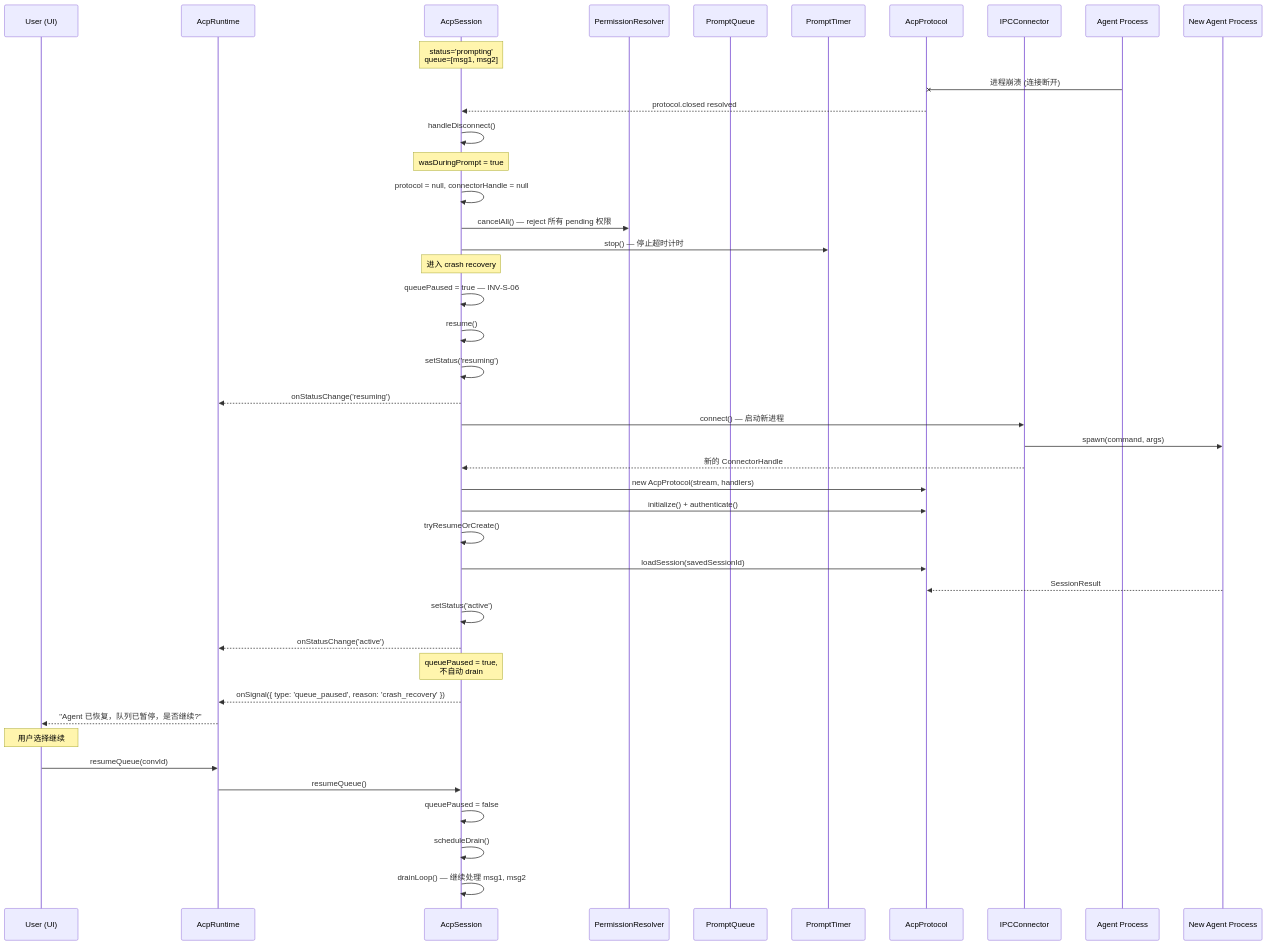
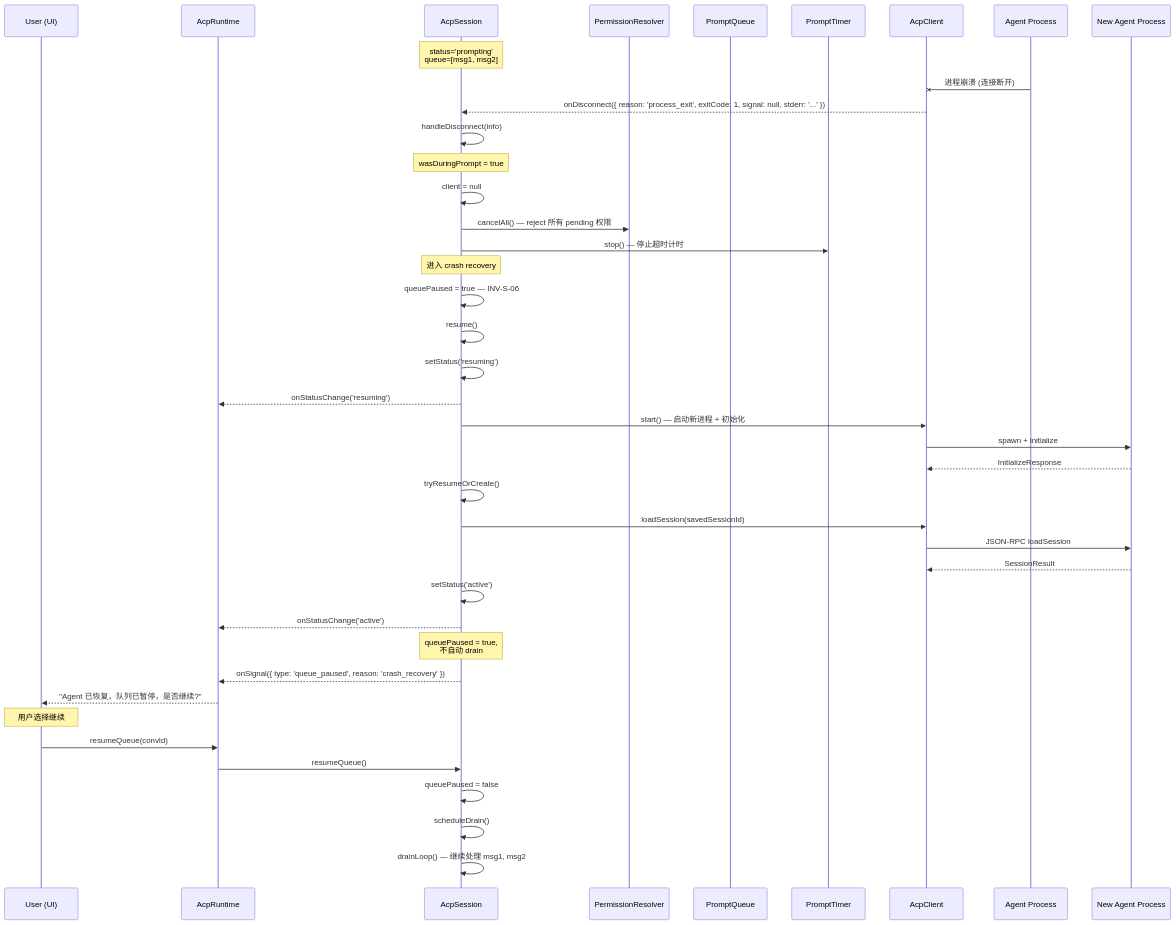
The seventh of 12 diagrams in docs/feature/acp-rewrite/06-scenario-walkthrough.md (iOfficeAI/AionUi), drawn with Mermaid before and after one commit. The commit also changed other lines of this file and 22 other files, not shown here.

First line of the commit message:
refactor(acp): replace Connector+Protocol with AcpClient single-owner pattern

````diff
--- a/docs/feature/acp-rewrite/06-scenario-walkthrough.md
+++ b/docs/feature/acp-rewrite/06-scenario-walkthrough.md
@@ -587,57 +576,55 @@
 ```mermaid
 sequenceDiagram
     participant UI as User (UI)
     participant RT as AcpRuntime
     participant S as AcpSession
     participant PP as PermissionResolver
     participant PQ as PromptQueue
     participant PT as PromptTimer
-    participant P as AcpProtocol
-    participant C as IPCConnector
+    participant CL as AcpClient
     participant A as Agent Process
     participant A2 as New Agent Process
 
     Note over S: status='prompting'<br/>queue=[msg1, msg2]
 
-    A-xP: 进程崩溃 (连接断开)
-    P-->>S: protocol.closed resolved
-    S->>S: handleDisconnect()
+    A-xCL: 进程崩溃 (连接断开)
+    CL-->>S: onDisconnect({ reason: 'process_exit', exitCode: 1, signal: null, stderr: '...' })
+    S->>S: handleDisconnect(info)
     Note over S: wasDuringPrompt = true
 
-    S->>S: protocol = null, connectorHandle = null
+    S->>S: client = null
     S->>PP: cancelAll() — reject 所有 pending 权限
     S->>PT: stop() — 停止超时计时
 
     Note over S: 进入 crash recovery
 
     S->>S: queuePaused = true — INV-S-06
     S->>S: resume()
     S->>S: setStatus('resuming')
     S-->>RT: onStatusChange('resuming')
 
-    S->>C: connect() — 启动新进程
-    C->>A2: spawn(command, args)
-    C-->>S: 新的 ConnectorHandle
+    S->>CL: start() — 启动新进程 + 初始化
+    CL->>A2: spawn + initialize
+    A2-->>CL: InitializeResponse
 
-    S->>P: new AcpProtocol(stream, handlers)
-    S->>P: initialize() + authenticate()
     S->>S: tryResumeOrCreate()
-    S->>P: loadSession(savedSessionId)
-    A2-->>P: SessionResult
+    S->>CL: loadSession(savedSessionId)
+    CL->>A2: JSON-RPC loadSession
+    A2-->>CL: SessionResult
 
     S->>S: setStatus('active')
     S-->>RT: onStatusChange('active')
 
     Note over S: queuePaused = true,<br/>不自动 drain
 
     S-->>RT: onSignal({ type: 'queue_paused', reason: 'crash_recovery' })
     RT-->>UI: "Agent 已恢复，队列已暂停，是否继续?"
 
     Note over UI: 用户选择继续
 
     UI->>RT: resumeQueue(convId)
     RT->>S: resumeQueue()
     S->>S: queuePaused = false
     S->>S: scheduleDrain()
     S->>S: drainLoop() — 继续处理 msg1, msg2
 ```
````
